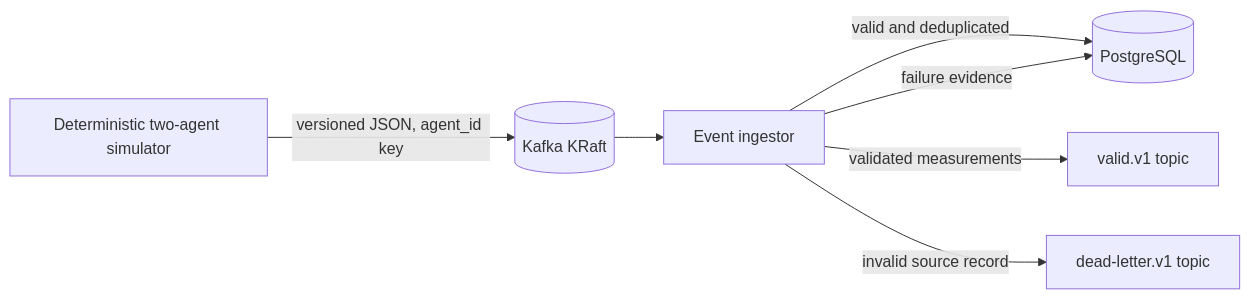
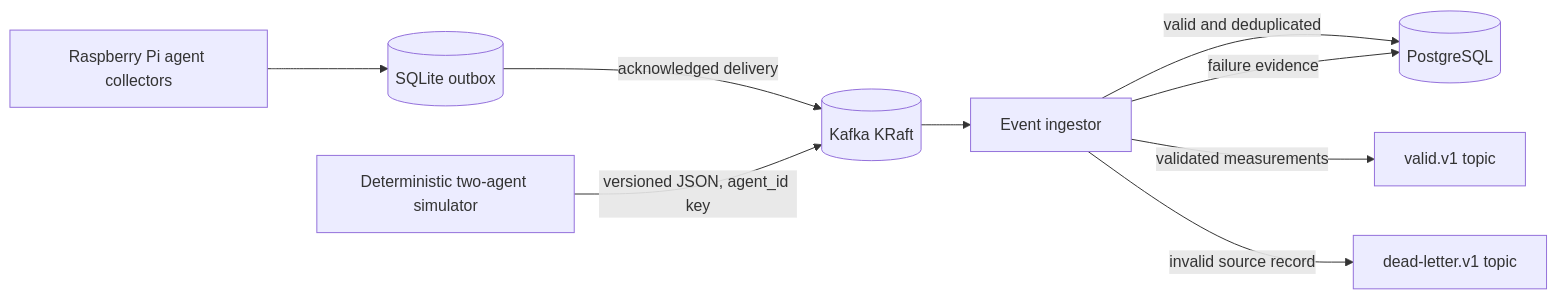
The diagram in README.md (Jerry-Padilla/local-network-kafka-monitoring), drawn with Mermaid before and after one commit. The commit also changed other lines of this file and 63 other files, not shown here.

Commit message:
feat: add resilient Raspberry Pi network agent

````diff
--- a/README.md
+++ b/README.md
@@ -10,9 +11,11 @@
 ```mermaid
 flowchart LR
+    A[Raspberry Pi agent collectors] --> O[(SQLite outbox)]
+    O -->|acknowledged delivery| K[(Kafka KRaft)]
     S[Deterministic two-agent simulator] -->|versioned JSON, agent_id key| K[(Kafka KRaft)]
     K --> C[Event ingestor]
     C -->|valid and deduplicated| P[(PostgreSQL)]
     C -->|validated measurements| V[valid.v1 topic]
     C -->|invalid source record| D[dead-letter.v1 topic]
     C -->|failure evidence| P
 ```
````
